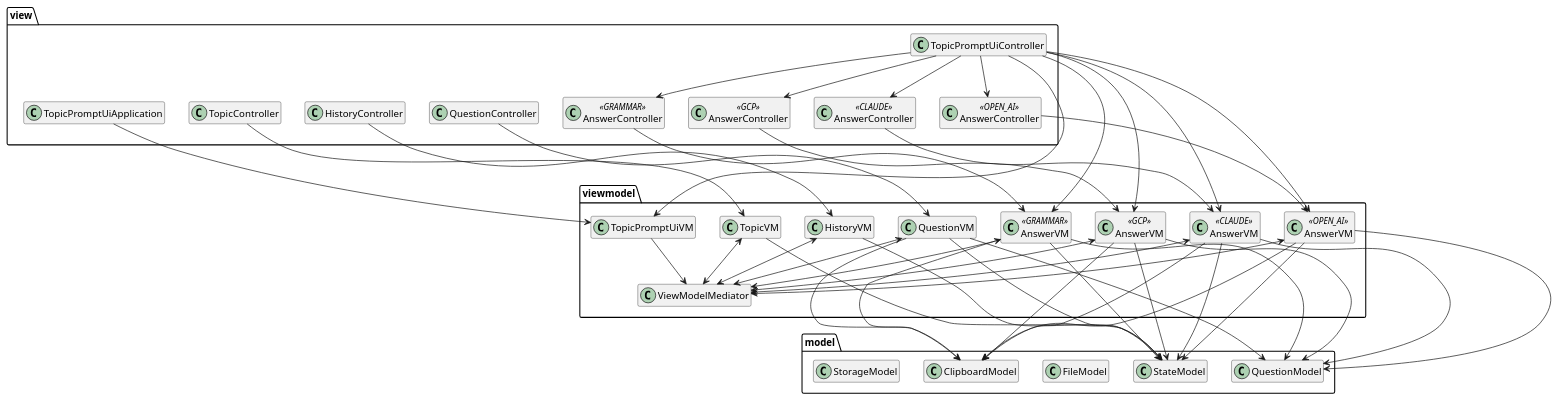
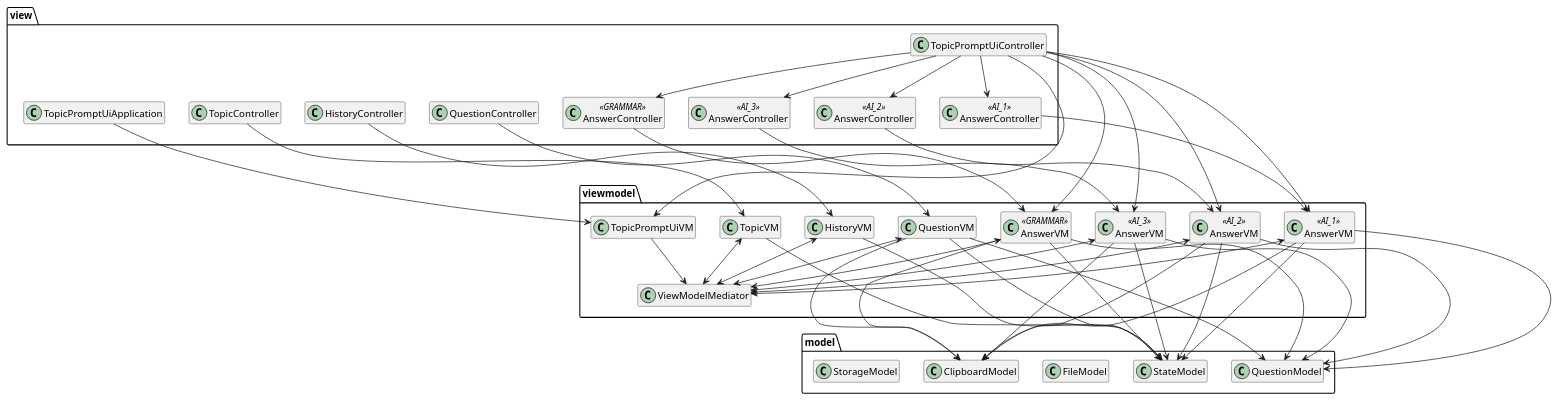
The diagram in docs/mvvm-answertype-fanout.puml (Aleks-Ya/topic-prompt-ui), drawn with PlantUML before and after one commit. The commit also changed 62 other files, not shown here.

```diff
--- a/docs/mvvm-answertype-fanout.puml
+++ b/docs/mvvm-answertype-fanout.puml
@@ -1,89 +1,89 @@
 @startuml
 hide empty members
 
 package view {
     class TopicPromptUiController
     together {
         class TopicPromptUiApplication
         class "AnswerController" as grammarAnswerController <<GRAMMAR>>
-        class "AnswerController" as openAiAnswerController <<OPEN_AI>>
-        class "AnswerController" as claudeAnswerController <<CLAUDE>>
-        class "AnswerController" as gcpAnswerController <<GCP>>
+        class "AnswerController" as ai1AnswerController <<AI_1>>
+        class "AnswerController" as ai2AnswerController <<AI_2>>
+        class "AnswerController" as ai3AnswerController <<AI_3>>
         class HistoryController
         class QuestionController
         class TopicController
     }
 }
 
 package viewmodel {
     class "AnswerVM" as grammarAnswerVM <<GRAMMAR>>
-    class "AnswerVM" as openAiAnswerVM <<OPEN_AI>>
-    class "AnswerVM" as claudeAnswerVM <<CLAUDE>>
-    class "AnswerVM" as gcpAnswerVM <<GCP>>
+    class "AnswerVM" as ai1AnswerVM <<AI_1>>
+    class "AnswerVM" as ai2AnswerVM <<AI_2>>
+    class "AnswerVM" as ai3AnswerVM <<AI_3>>
     class TopicPromptUiVM
     class HistoryVM
     class QuestionVM
     class TopicVM
     class ViewModelMediator
 }
 
 package model{
     class StateModel
     class ClipboardModel
     class FileModel
     class QuestionModel
     class StorageModel
 }
 
 TopicController ---> TopicVM
 QuestionController ---> QuestionVM
 HistoryController ---> HistoryVM
 grammarAnswerController --> grammarAnswerVM
-openAiAnswerController --> openAiAnswerVM
-claudeAnswerController --> claudeAnswerVM
-gcpAnswerController --> gcpAnswerVM
+ai1AnswerController --> ai1AnswerVM
+ai2AnswerController --> ai2AnswerVM
+ai3AnswerController --> ai3AnswerVM
 TopicPromptUiApplication --> TopicPromptUiVM
 
 TopicPromptUiController --> grammarAnswerController
-TopicPromptUiController --> openAiAnswerController
-TopicPromptUiController --> claudeAnswerController
-TopicPromptUiController --> gcpAnswerController
+TopicPromptUiController --> ai1AnswerController
+TopicPromptUiController --> ai2AnswerController
+TopicPromptUiController --> ai3AnswerController
 
 TopicPromptUiController --> TopicPromptUiVM
 TopicPromptUiController --> grammarAnswerVM
-TopicPromptUiController --> openAiAnswerVM
-TopicPromptUiController --> claudeAnswerVM
-TopicPromptUiController --> gcpAnswerVM
+TopicPromptUiController --> ai1AnswerVM
+TopicPromptUiController --> ai2AnswerVM
+TopicPromptUiController --> ai3AnswerVM
 
 TopicVM <--> ViewModelMediator
 QuestionVM <--> ViewModelMediator
 HistoryVM <--> ViewModelMediator
 TopicPromptUiVM --> ViewModelMediator
 grammarAnswerVM <--> ViewModelMediator
-openAiAnswerVM <--> ViewModelMediator
-claudeAnswerVM <--> ViewModelMediator
-gcpAnswerVM <--> ViewModelMediator
+ai1AnswerVM <--> ViewModelMediator
+ai2AnswerVM <--> ViewModelMediator
+ai3AnswerVM <--> ViewModelMediator
 
 TopicVM ---> StateModel
 HistoryVM ---> StateModel
 QuestionVM ---> StateModel
 QuestionVM ---> QuestionModel
 QuestionVM ---> ClipboardModel
 
 grammarAnswerVM --> StateModel
-openAiAnswerVM --> StateModel
-claudeAnswerVM --> StateModel
-gcpAnswerVM --> StateModel
+ai1AnswerVM --> StateModel
+ai2AnswerVM --> StateModel
+ai3AnswerVM --> StateModel
 
 grammarAnswerVM --> QuestionModel
-openAiAnswerVM --> QuestionModel
-claudeAnswerVM --> QuestionModel
-gcpAnswerVM --> QuestionModel
+ai1AnswerVM --> QuestionModel
+ai2AnswerVM --> QuestionModel
+ai3AnswerVM --> QuestionModel
 
 grammarAnswerVM --> ClipboardModel
-openAiAnswerVM --> ClipboardModel
-claudeAnswerVM --> ClipboardModel
-gcpAnswerVM --> ClipboardModel
+ai1AnswerVM --> ClipboardModel
+ai2AnswerVM --> ClipboardModel
+ai3AnswerVM --> ClipboardModel
 
 
 @enduml
```
